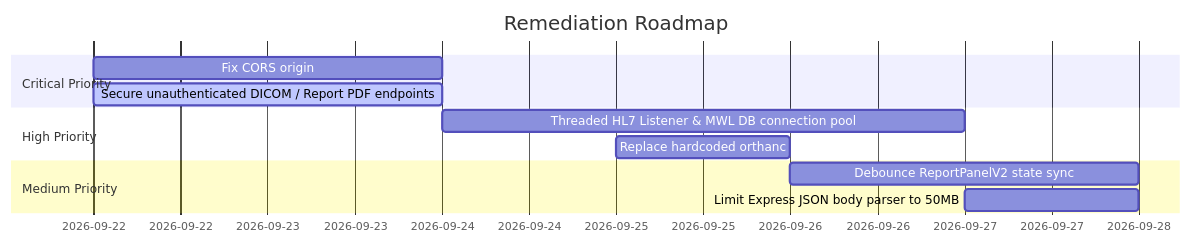
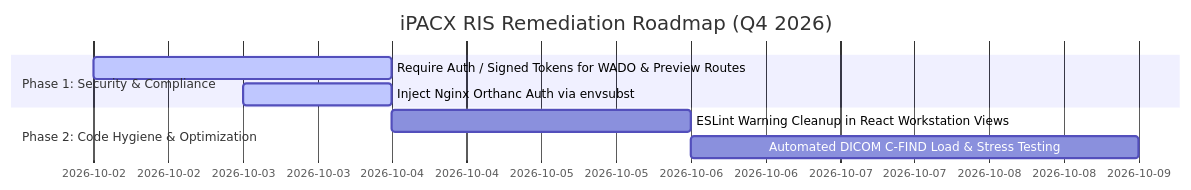
Before and after one commit to techiemen1/ipacx-ris-akash: the diagram in RIS_HEALTH_AUDIT.md, drawn with Mermaid. The commit also changed other lines of this file and 8 other files, not shown here.

Commit message:
audit: update fresh RIS health audit report and system architecture review (Oct 2026)

````diff
--- a/RIS_HEALTH_AUDIT.md
+++ b/RIS_HEALTH_AUDIT.md
@@ -145,14 +123,11 @@
 ```mermaid
 gantt
-    title Remediation Roadmap
+    title iPACX RIS Remediation Roadmap (Q4 2026)
     dateFormat  YYYY-MM-DD
-    section Critical Priority
-    Fix CORS origin: true & ViewerBridge origin check   :active, 2026-09-22, 2d
-    Secure unauthenticated DICOM / Report PDF endpoints :active, 2026-09-22, 2d
-    section High Priority
-    Threaded HL7 Listener & MWL DB connection pool      : 2026-09-24, 3d
-    Replace hardcoded orthanc:orthanc in Nginx         : 2026-09-25, 1d
-    section Medium Priority
-    Debounce ReportPanelV2 state sync                 : 2026-09-26, 2d
-    Limit Express JSON body parser to 50MB             : 2026-09-27, 1d
+    section Phase 1: Security & Compliance
+    Require Auth / Signed Tokens for WADO & Preview Routes  :active, 2026-10-02, 2d
+    Inject Nginx Orthanc Auth via envsubst                  :active, 2026-10-03, 1d
+    section Phase 2: Code Hygiene & Optimization
+    ESLint Warning Cleanup in React Workstation Views       : 2026-10-04, 2d
+    Automated DICOM C-FIND Load & Stress Testing            : 2026-10-06, 3d
 ```
````
